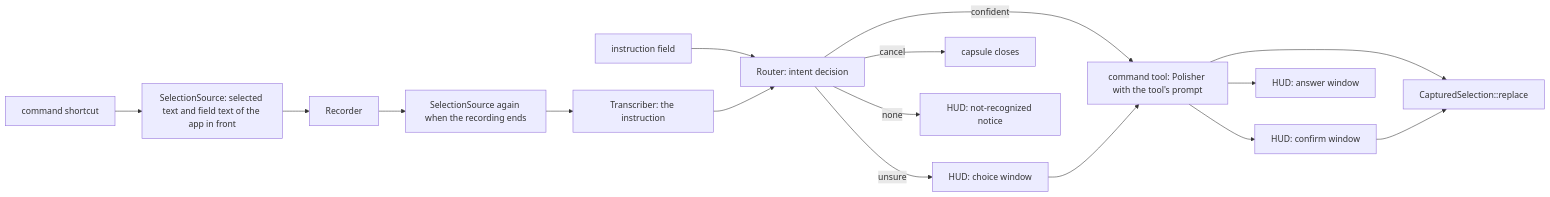
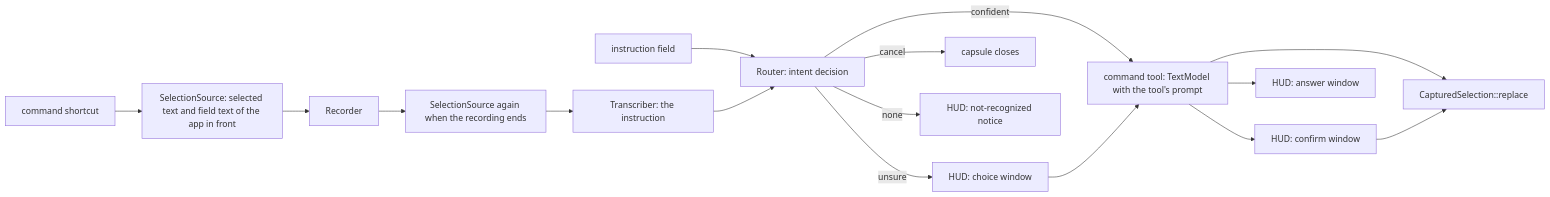
One commit to fang2hou/dito changed the second of 2 diagrams in docs/ARCHITECTURE.md. Above: the diagram before and after it, drawn with Mermaid. The commit also changed other lines of this file and 67 other files, not shown here.

Commit message:
refactor(models): rename the polish model role to text model (#60)

````diff
--- a/docs/ARCHITECTURE.md
+++ b/docs/ARCHITECTURE.md
@@ -42,14 +42,14 @@
 ```mermaid
 flowchart LR
     Shortcut[command shortcut] --> Capture[SelectionSource: selected text and field text of the app in front]
     Capture --> Record[Recorder] --> Recapture[SelectionSource again when the recording ends] --> Transcribe[Transcriber: the instruction]
     Typed[instruction field] --> Route
     Transcribe --> Route[Router: intent decision]
-    Route -- confident --> Tool[command tool: Polisher with the tool's prompt]
+    Route -- confident --> Tool[command tool: TextModel with the tool's prompt]
     Route -- unsure --> Choose[HUD: choice window] --> Tool
     Tool --> Replace[CapturedSelection::replace]
     Tool --> Confirm[HUD: confirm window] --> Replace
     Tool --> Answer[HUD: answer window]
     Route -- cancel --> Close[capsule closes]
     Route -- none --> Notice[HUD: not-recognized notice]
 ```
````
